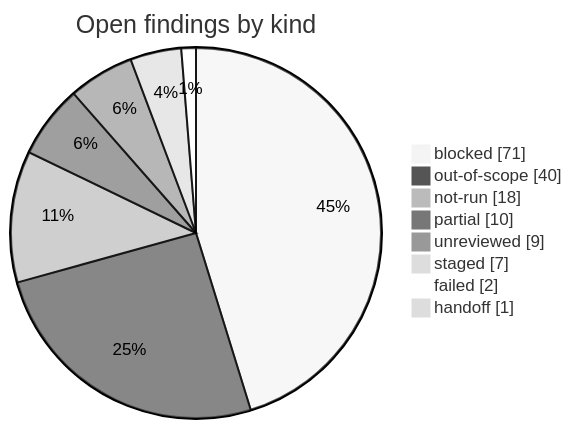
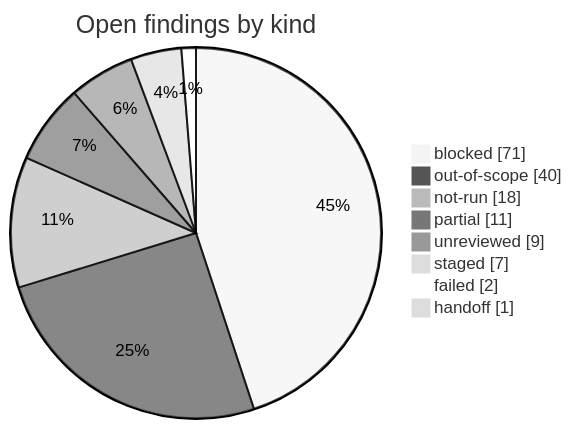
The diagram in research/open-findings.md (korczis/OpenTTD), drawn with Mermaid (neutral theme) before and after one commit. The commit also changed other lines of this file and 7 other files, not shown here.

````diff
--- a/research/open-findings.md
+++ b/research/open-findings.md
@@ -36,12 +36,12 @@
 ```mermaid
 pie showData title Open findings by kind
     %% links: open-findings.md?col=Kind&filter=blocked#findings | open-findings.md?col=Kind&filter=out-of-scope#findings | open-findings.md?col=Kind&filter=not-run#findings | open-findings.md?col=Kind&filter=partial#findings | open-findings.md?col=Kind&filter=unreviewed#findings | open-findings.md?col=Kind&filter=staged#findings | open-findings.md?col=Kind&filter=failed#findings | open-findings.md?col=Kind&filter=handoff#findings
     "blocked" : 71
     "out-of-scope" : 40
     "not-run" : 18
-    "partial" : 10
+    "partial" : 11
     "unreviewed" : 9
     "staged" : 7
     "failed" : 2
     "handoff" : 1
 ```
````
